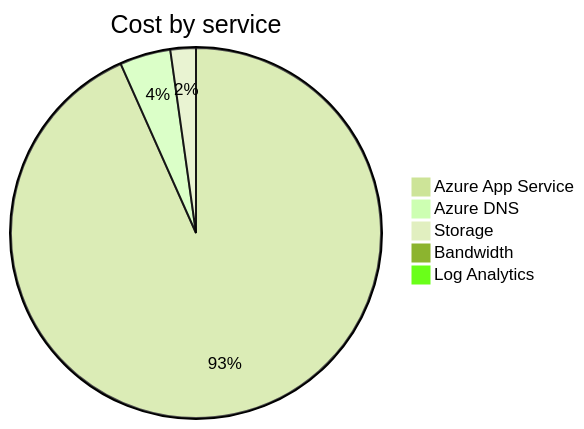
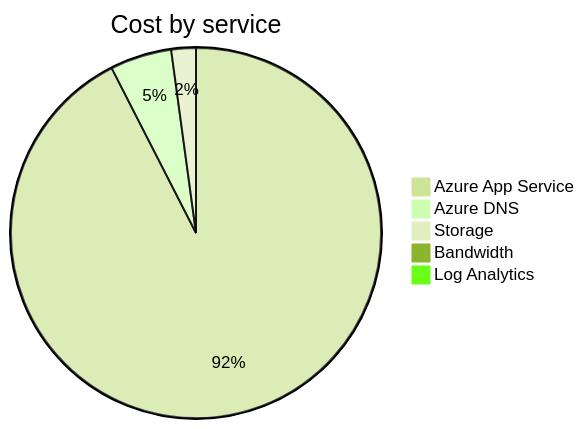
One commit to jpfulton/azure-personal-reports changed the second of 4 diagrams in cost-reports/accumulated-cost.md. Above: the diagram before and after it, drawn with Mermaid (forest theme). The commit also changed other lines of this file and 4 other files, not shown here.

````diff
--- a/cost-reports/accumulated-cost.md
+++ b/cost-reports/accumulated-cost.md
@@ -97,9 +97,9 @@
 ```mermaid
 pie
    title Cost by service
-   "Azure App Service" : 0.42
-   "Azure DNS" : 0.02
-   "Storage" : 0.01
+   "Azure App Service" : 0.86
+   "Azure DNS" : 0.05
+   "Storage" : 0.02
    "Bandwidth" : 0.00
    "Log Analytics" : 0.00
 ```
````
